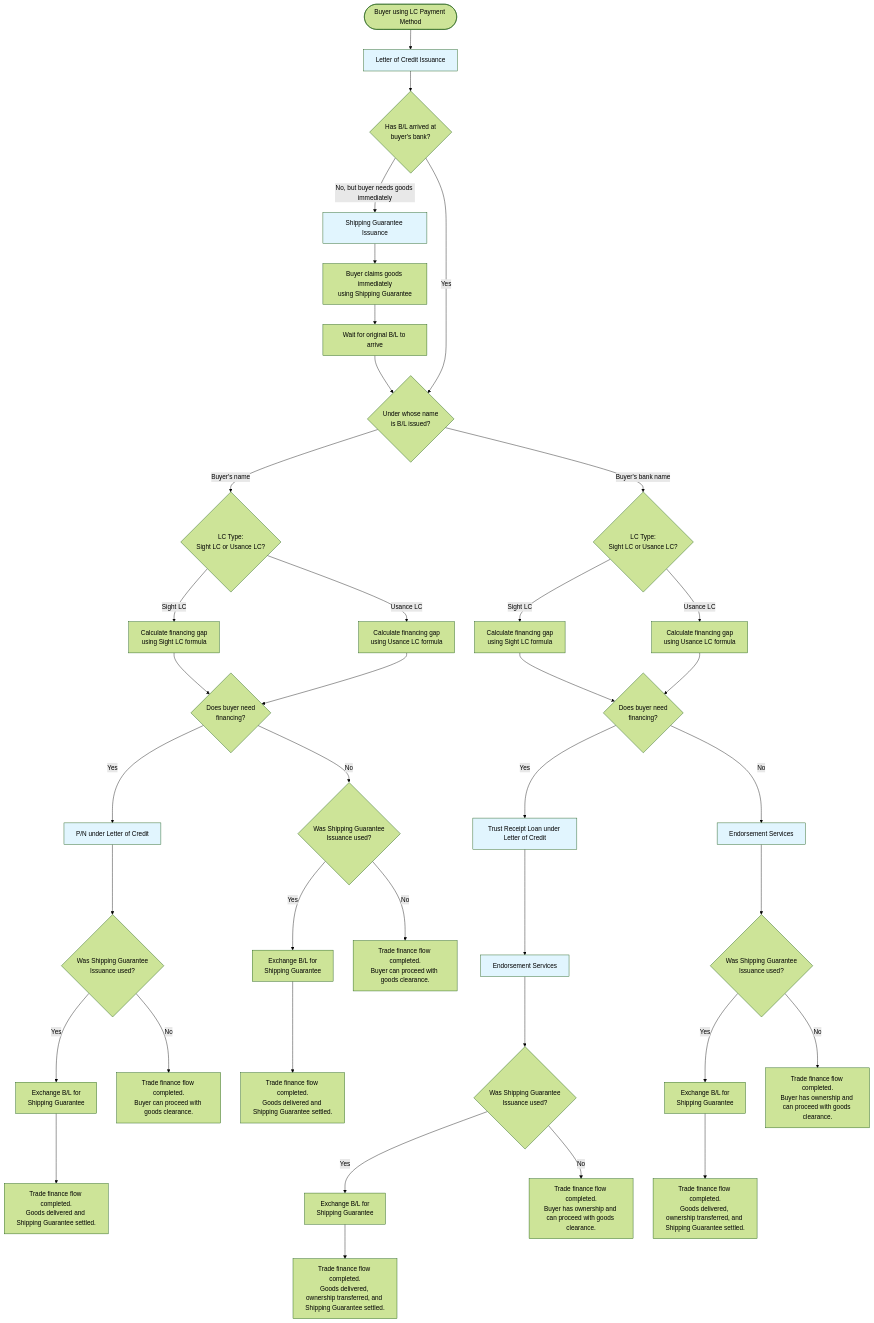
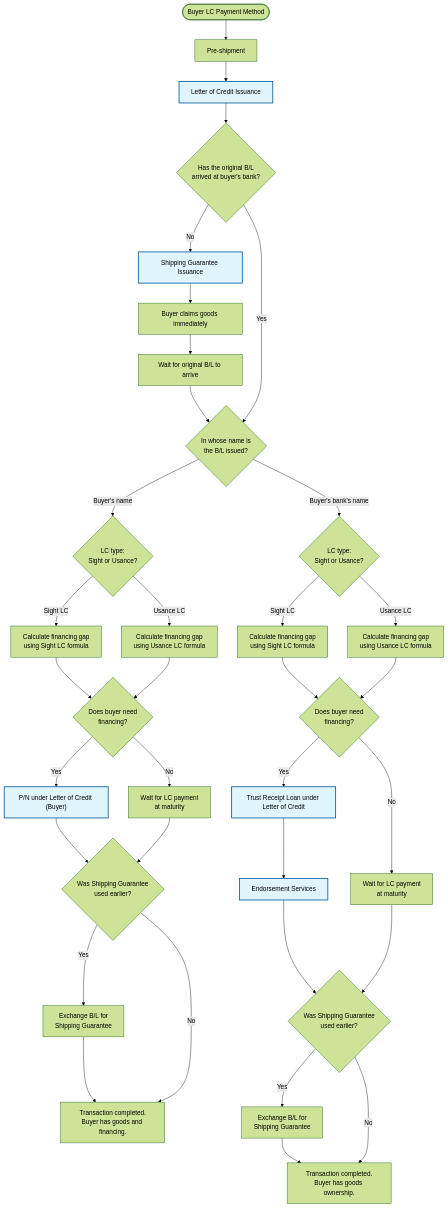
The diagram in lc_products_decision_dag_buyer.md (sage-develop/why), drawn with Mermaid (forest theme) before and after one commit. The commit also changed other lines of this file and 4 other files, not shown here.

Commit message:
update separated flow

````diff
--- a/lc_products_decision_dag_buyer.md
+++ b/lc_products_decision_dag_buyer.md
@@ -7,61 +9,44 @@
 ```mermaid
 flowchart TD
-    START([Buyer using LC Payment Method]) --> LC[Letter of Credit Issuance]
+    Start(["Buyer LC Payment Method"]) --> Pre["Pre-shipment"]
+    Pre --> LC_Issuance["Letter of Credit Issuance"]
+    LC_Issuance --> BL_Arrived@{ label: "Has the original B/L<br>arrived at buyer's bank?" }
+    BL_Arrived -- No --> Shipping_Guarantee["Shipping Guarantee Issuance"]
+    Shipping_Guarantee --> Claim_Goods["Buyer claims goods immediately"]
+    Claim_Goods --> BL_Wait["Wait for original B/L to arrive"]
+    BL_Wait --> BL_Name_Check{"In whose name is<br>the B/L issued?"}
+    BL_Arrived -- Yes --> BL_Name_Check
+    BL_Name_Check -- Buyer's name --> LC_Type_PN{"LC type:<br>Sight or Usance?"}
+    BL_Name_Check -- Buyer's bank's name --> LC_Type_TR{"LC type:<br>Sight or Usance?"}
+    LC_Type_PN -- Sight LC --> Calc_Gap_PN_Sight["Calculate financing gap<br>using Sight LC formula"]
+    LC_Type_PN -- Usance LC --> Calc_Gap_PN_Usance["Calculate financing gap<br>using Usance LC formula"]
+    LC_Type_TR -- Sight LC --> Calc_Gap_TR_Sight["Calculate financing gap<br>using Sight LC formula"]
+    LC_Type_TR -- Usance LC --> Calc_Gap_TR_Usance["Calculate financing gap<br>using Usance LC formula"]
+    Calc_Gap_PN_Sight --> Need_Finance_PN{"Does buyer need<br>financing?"}
+    Calc_Gap_PN_Usance --> Need_Finance_PN
+    Calc_Gap_TR_Sight --> Need_Finance_TR{"Does buyer need<br>financing?"}
+    Calc_Gap_TR_Usance --> Need_Finance_TR
+    Need_Finance_PN -- Yes --> PN_LC["P/N under Letter of Credit (Buyer)"]
+    PN_LC --> Check_Shipping_PN{"Was Shipping Guarantee<br>used earlier?"}
+    Need_Finance_TR -- Yes --> TR_LC["Trust Receipt Loan under Letter of Credit"]
+    TR_LC --> Endorsement["Endorsement Services"]
+    Endorsement --> Check_Shipping_TR{"Was Shipping Guarantee<br>used earlier?"}
+    Need_Finance_PN -- No --> Wait_Payment_PN["Wait for LC payment<br>at maturity"]
+    Need_Finance_TR -- No --> Wait_Payment_TR["Wait for LC payment<br>at maturity"]
+    Wait_Payment_PN --> Check_Shipping_PN
+    Wait_Payment_TR --> Check_Shipping_TR
+    Check_Shipping_PN -- Yes --> Exchange_SG_PN["Exchange B/L for<br>Shipping Guarantee"]
+    Check_Shipping_TR -- Yes --> Exchange_SG_TR["Exchange B/L for<br>Shipping Guarantee"]
+    Check_Shipping_PN -- No --> Complete_PN["Transaction completed.<br>Buyer has goods and financing."]
+    Check_Shipping_TR -- No --> Complete_TR["Transaction completed.<br>Buyer has goods ownership."]
+    Exchange_SG_PN --> Complete_PN
+    Exchange_SG_TR --> Complete_TR
 
-    LC --> BL_STATUS{Has B/L arrived at<br/>buyer's bank?}
-
-    BL_STATUS -->|No, but buyer needs goods immediately| SG[Shipping Guarantee Issuance]
-    BL_STATUS -->|Yes| BL_NAME{Under whose name<br/>is B/L issued?}
-
-    SG --> SG_GOODS[Buyer claims goods immediately<br/>using Shipping Guarantee]
-    SG_GOODS --> WAIT_BL[Wait for original B/L to arrive]
-    WAIT_BL --> BL_NAME
-
-    BL_NAME -->|Buyer's name| LC_TYPE_BUYER{LC Type:<br/>Sight LC or Usance LC?}
-    BL_NAME -->|Buyer's bank name| LC_TYPE_BANK{LC Type:<br/>Sight LC or Usance LC?}
-
-    LC_TYPE_BUYER -->|Sight LC| CALC_SIGHT_BUYER[Calculate financing gap<br/>using Sight LC formula]
-    LC_TYPE_BUYER -->|Usance LC| CALC_USANCE_BUYER[Calculate financing gap<br/>using Usance LC formula]
-
-    CALC_SIGHT_BUYER --> NEED_FINANCE_BUYER{Does buyer need<br/>financing?}
-    CALC_USANCE_BUYER --> NEED_FINANCE_BUYER
-
-    NEED_FINANCE_BUYER -->|Yes| PN[P/N under Letter of Credit]
-    NEED_FINANCE_BUYER -->|No| CHECK_SG_BUYER{Was Shipping Guarantee<br/>Issuance used?}
-
-    PN --> CHECK_SG_PN{Was Shipping Guarantee<br/>Issuance used?}
-
-    CHECK_SG_PN -->|Yes| EXCHANGE_PN[Exchange B/L for<br/>Shipping Guarantee]
-    CHECK_SG_PN -->|No| END_PN[Trade finance flow completed.<br/>Buyer can proceed with goods clearance.]
-
-    CHECK_SG_BUYER -->|Yes| EXCHANGE_BUYER[Exchange B/L for<br/>Shipping Guarantee]
-    CHECK_SG_BUYER -->|No| END_BUYER[Trade finance flow completed.<br/>Buyer can proceed with goods clearance.]
-
-    LC_TYPE_BANK -->|Sight LC| CALC_SIGHT_BANK[Calculate financing gap<br/>using Sight LC formula]
-    LC_TYPE_BANK -->|Usance LC| CALC_USANCE_BANK[Calculate financing gap<br/>using Usance LC formula]
-
-    CALC_SIGHT_BANK --> NEED_FINANCE_BANK{Does buyer need<br/>financing?}
-    CALC_USANCE_BANK --> NEED_FINANCE_BANK
-
-    NEED_FINANCE_BANK -->|Yes| TR[Trust Receipt Loan under Letter of Credit]
-    NEED_FINANCE_BANK -->|No| ES[Endorsement Services]
-
-    TR --> ES_AFTER_TR[Endorsement Services]
-
-    ES --> CHECK_SG_ES{Was Shipping Guarantee<br/>Issuance used?}
-    ES_AFTER_TR --> CHECK_SG_TR{Was Shipping Guarantee<br/>Issuance used?}
-
-    CHECK_SG_ES -->|Yes| EXCHANGE_ES[Exchange B/L for<br/>Shipping Guarantee]
-    CHECK_SG_ES -->|No| END_ES[Trade finance flow completed.<br/>Buyer has ownership and can proceed with goods clearance.]
-
-    CHECK_SG_TR -->|Yes| EXCHANGE_TR[Exchange B/L for<br/>Shipping Guarantee]
-    CHECK_SG_TR -->|No| END_TR[Trade finance flow completed.<br/>Buyer has ownership and can proceed with goods clearance.]
-
-    EXCHANGE_PN --> END_EXCHANGE_PN[Trade finance flow completed.<br/>Goods delivered and Shipping Guarantee settled.]
-    EXCHANGE_BUYER --> END_EXCHANGE_BUYER[Trade finance flow completed.<br/>Goods delivered and Shipping Guarantee settled.]
-    EXCHANGE_ES --> END_EXCHANGE_ES[Trade finance flow completed.<br/>Goods delivered, ownership transferred, and Shipping Guarantee settled.]
-    EXCHANGE_TR --> END_EXCHANGE_TR[Trade finance flow completed.<br/>Goods delivered, ownership transferred, and Shipping Guarantee settled.]
-
-    classDef product fill:#e1f5fe
-    class LC,SG,PN,TR,ES,ES_AFTER_TR product
+    BL_Arrived@{ shape: diamond}
+     LC_Issuance:::product
+     Shipping_Guarantee:::product
+     PN_LC:::product
+     TR_LC:::product
+     Endorsement:::product
+    classDef product fill:#e1f5fe,stroke:#01579b,stroke-width:2px,color:#000
 ```
````
